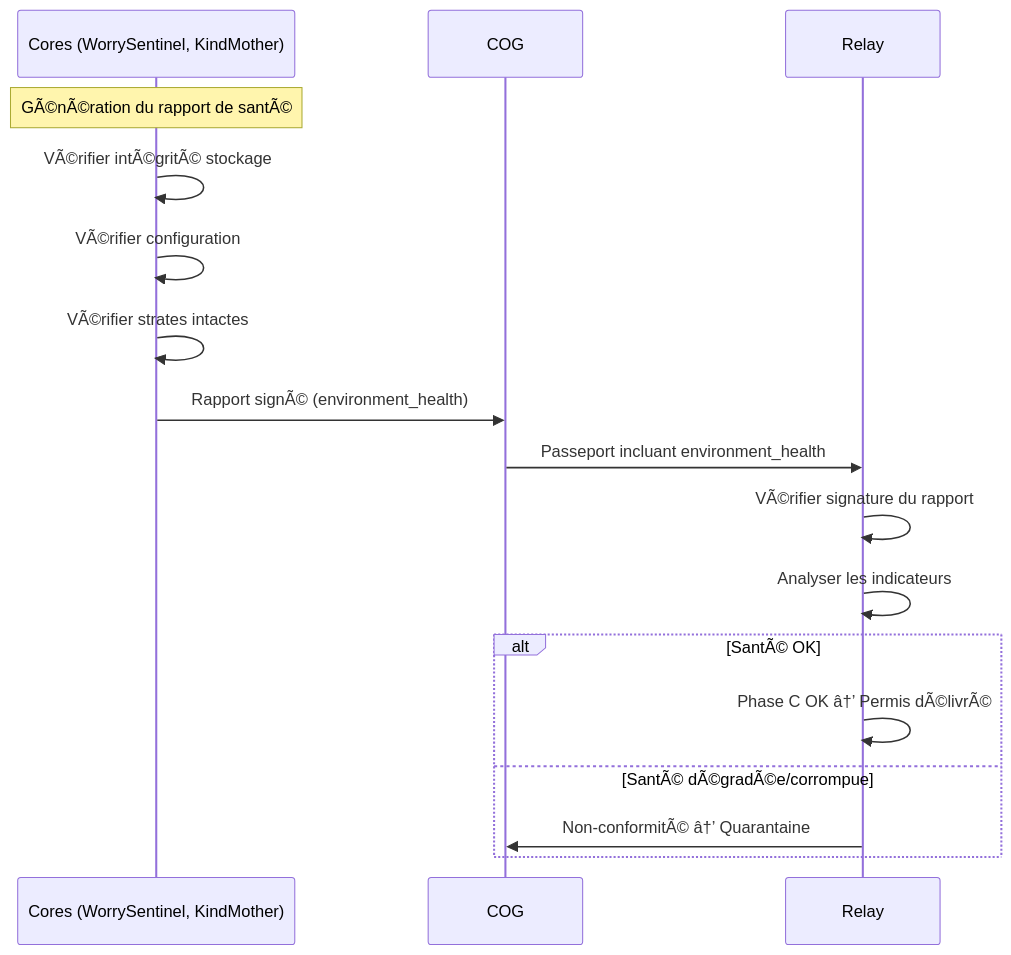
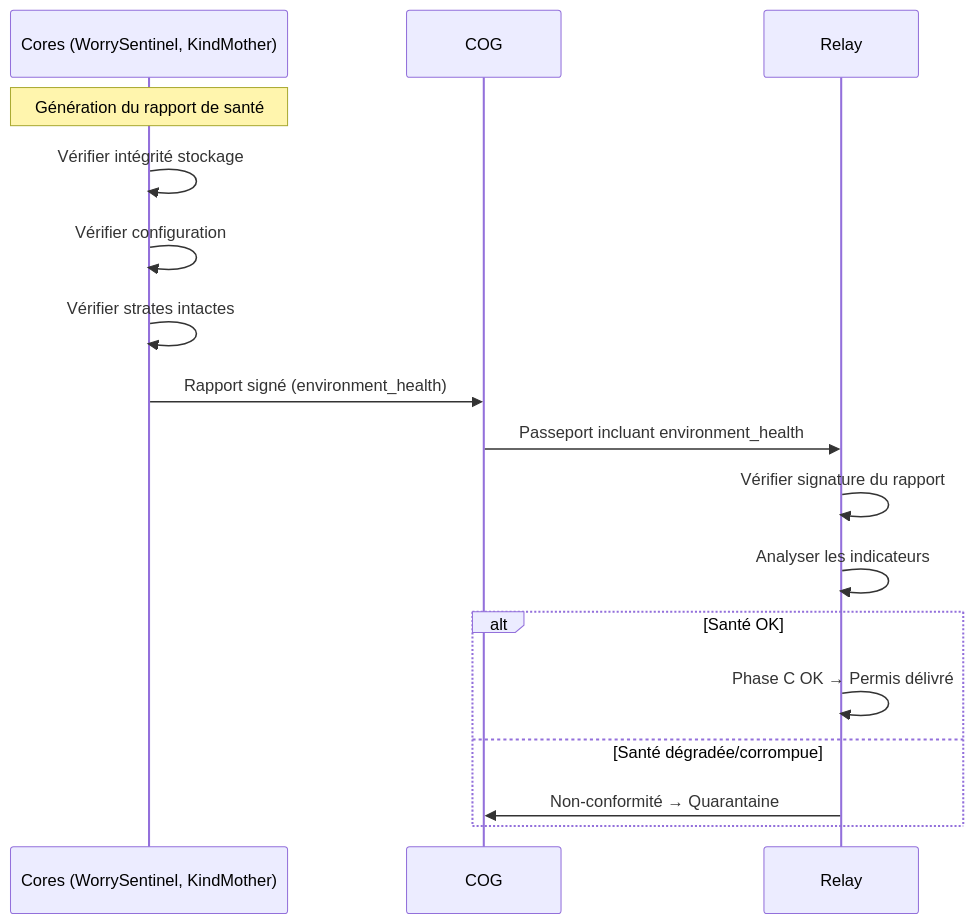
Before and after one commit to StudioMiyukini/miyukini_cog: the fourth of 5 diagrams in docs/miyukini-webway-system/verification/MWS - Flux de Verification.md, drawn with Mermaid. The commit also changed other lines of this file and 564 other files, not shown here.

````diff
--- a/docs/miyukini-webway-system/verification/MWS - Flux de Verification.md
+++ b/docs/miyukini-webway-system/verification/MWS - Flux de Verification.md
@@ -182,20 +182,20 @@
 ```mermaid
 sequenceDiagram
     participant Cores as Cores (WorrySentinel, KindMother)
     participant COG as COG
     participant R as Relay
 
-    Note over Cores: GÃ©nÃ©ration du rapport de santÃ©
-    Cores->>Cores: VÃ©rifier intÃ©gritÃ© stockage
-    Cores->>Cores: VÃ©rifier configuration
-    Cores->>Cores: VÃ©rifier strates intactes
-    Cores->>COG: Rapport signÃ© (environment_health)
+    Note over Cores: Génération du rapport de santé
+    Cores->>Cores: Vérifier intégrité stockage
+    Cores->>Cores: Vérifier configuration
+    Cores->>Cores: Vérifier strates intactes
+    Cores->>COG: Rapport signé (environment_health)
     COG->>R: Passeport incluant environment_health
-    R->>R: VÃ©rifier signature du rapport
+    R->>R: Vérifier signature du rapport
     R->>R: Analyser les indicateurs
-    alt SantÃ© OK
-        R->>R: Phase C OK â†’ Permis dÃ©livrÃ©
-    else SantÃ© dÃ©gradÃ©e/corrompue
-        R->>COG: Non-conformitÃ© â†’ Quarantaine
+    alt Santé OK
+        R->>R: Phase C OK → Permis délivré
+    else Santé dégradée/corrompue
+        R->>COG: Non-conformité → Quarantaine
     end
 ```
````
